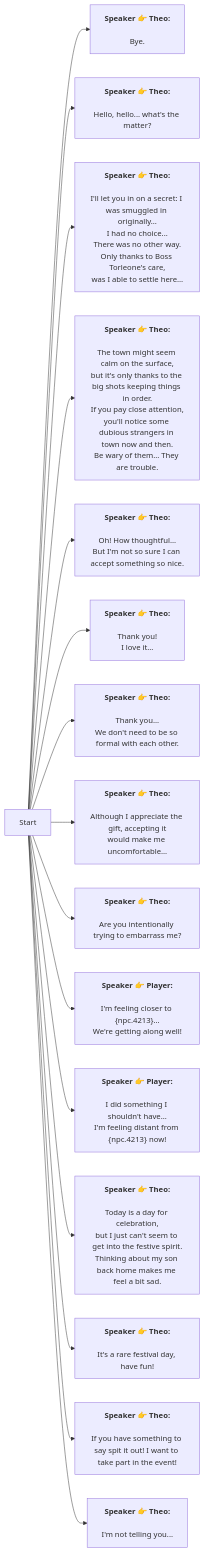
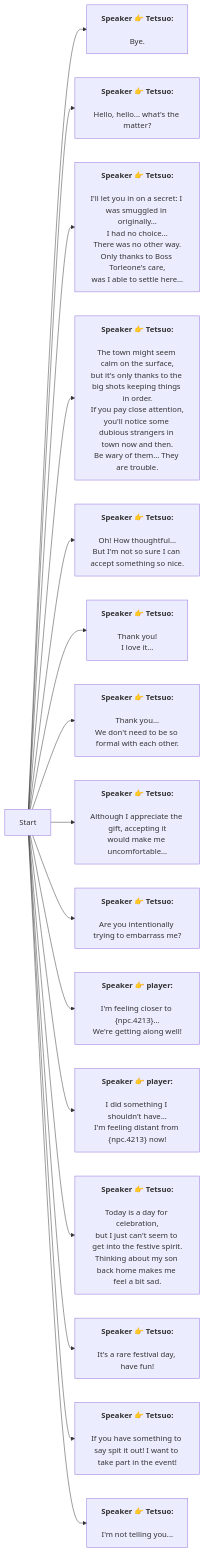
The diagram in En/Tetsuo.md (SoftHu/tos_avg), drawn with Mermaid before and after one commit. The commit also changed 737 other files, not shown here.

````diff
--- a/En/Tetsuo.md
+++ b/En/Tetsuo.md
@@ -1,65 +1,46 @@
 ```mermaid
 graph LR
-Start -->1727647053384795[<b>Speaker 👉 Theo:</b>
-
-Bye.]
-Start -->1727647127117917[<b>Speaker 👉 Theo:</b>
-
-Hello, hello... what's the matter?]
-Start -->1727647155424351[<b>Speaker 👉 Theo:</b>
-
-I'll let you in on a secret: I was smuggled in originally…
-I had no choice...
-There was no other way.
-Only thanks to Boss Torleone's care,
+Start -->1727647053384795[<b>Speaker 👉 Tetsuo:</b>
+\nBye.]
+Start -->1727647127117917[<b>Speaker 👉 Tetsuo:</b>
+\nHello, hello... what's the matter?]
+Start -->1727647155424351[<b>Speaker 👉 Tetsuo:</b>
+\nI'll let you in on a secret: I was smuggled in originally…\nI had no choice...
+There was no other way.\nOnly thanks to Boss Torleone's care,
 was I able to settle here…]
-Start -->1727647155424353[<b>Speaker 👉 Theo:</b>
-
-The town might seem calm on the surface,
-but it's only thanks to the big shots keeping things in order.
-If you pay close attention,
-you'll notice some dubious strangers in town now and then.
-Be wary of them... They are trouble.]
-Start -->1727647236932707[<b>Speaker 👉 Theo:</b>
-
-Oh! How thoughtful...
+Start -->1727647155424353[<b>Speaker 👉 Tetsuo:</b>
+\nThe town might seem calm on the surface,
+but it's only thanks to the big shots keeping things in order.\nIf you pay close attention,
+you'll notice some dubious strangers in town now and then.\nBe wary of them... They are trouble.]
+Start -->1727647236932707[<b>Speaker 👉 Tetsuo:</b>
+\nOh! How thoughtful...
 But I'm not so sure I can accept something so nice.]
-Start -->1727647236932709[<b>Speaker 👉 Theo:</b>
-
-Thank you!
+Start -->1727647236932709[<b>Speaker 👉 Tetsuo:</b>
+\nThank you!
 I love it...]
-Start -->1727647236932711[<b>Speaker 👉 Theo:</b>
-
-Thank you...
+Start -->1727647236932711[<b>Speaker 👉 Tetsuo:</b>
+\nThank you...
 We don't need to be so formal with each other.]
-Start -->1727647236933737[<b>Speaker 👉 Theo:</b>
-
-Although I appreciate the gift, accepting it
+Start -->1727647236933737[<b>Speaker 👉 Tetsuo:</b>
+\nAlthough I appreciate the gift, accepting it
 would make me uncomfortable...]
-Start -->1727647236933739[<b>Speaker 👉 Theo:</b>
-
-Are you intentionally trying to embarrass me?]
-Start -->1727647236933741[<b>Speaker 👉 Player:</b>
-
-I'm feeling closer to &lbrace;npc.4213&rbrace;...
+Start -->1727647236933739[<b>Speaker 👉 Tetsuo:</b>
+\nAre you intentionally trying to embarrass me?]
+Start -->1727647236933741[<b>Speaker 👉 player:</b>
+\nI'm feeling closer to &lbrace;npc.4213&rbrace;...
 We're getting along well!]
-Start -->1727647236933743[<b>Speaker 👉 Player:</b>
-
-I did something I shouldn't have...
+Start -->1727647236933743[<b>Speaker 👉 player:</b>
+\nI did something I shouldn't have...
 I'm feeling distant from &lbrace;npc.4213&rbrace; now!]
-Start -->1753055474016069[<b>Speaker 👉 Theo:</b>
-
-Today is a day for celebration,
+Start -->1753055474016069[<b>Speaker 👉 Tetsuo:</b>
+\nToday is a day for celebration,
 but I just can't seem to get into the festive spirit.
 Thinking about my son back home makes me feel a bit sad.]
-Start -->1753055480212294[<b>Speaker 👉 Theo:</b>
+Start -->1753055480212294[<b>Speaker 👉 Tetsuo:</b>
+\nIt's a rare festival day, have fun!]
+Start -->1758257068134002[<b>Speaker 👉 Tetsuo:</b>
+\nIf you have something to say spit it out! I want to take part in the event!]
+Start -->1758257158766196[<b>Speaker 👉 Tetsuo:</b>
+\nI'm not telling you...]
 
-It's a rare festival day, have fun!]
-Start -->1758257068134002[<b>Speaker 👉 Theo:</b>
-
-If you have something to say spit it out! I want to take part in the event!]
-Start -->1758257158766196[<b>Speaker 👉 Theo:</b>
-
-I'm not telling you...]
-
- ```
+```
````
